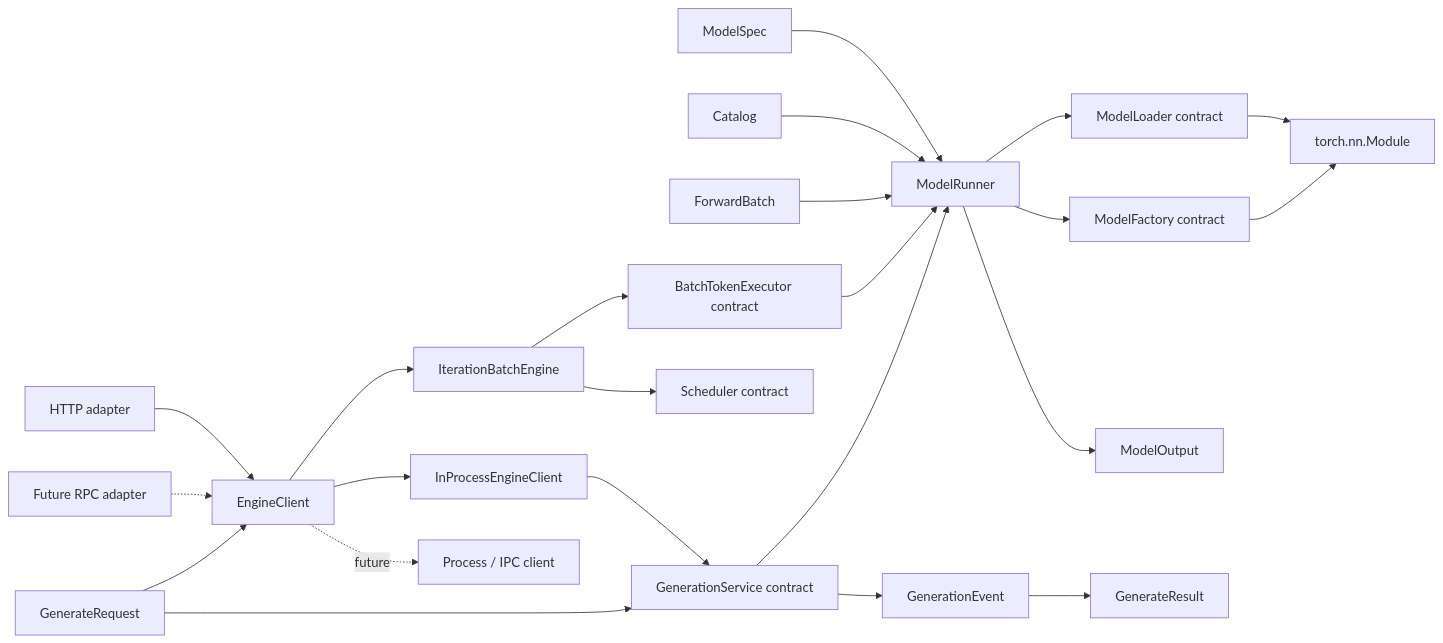
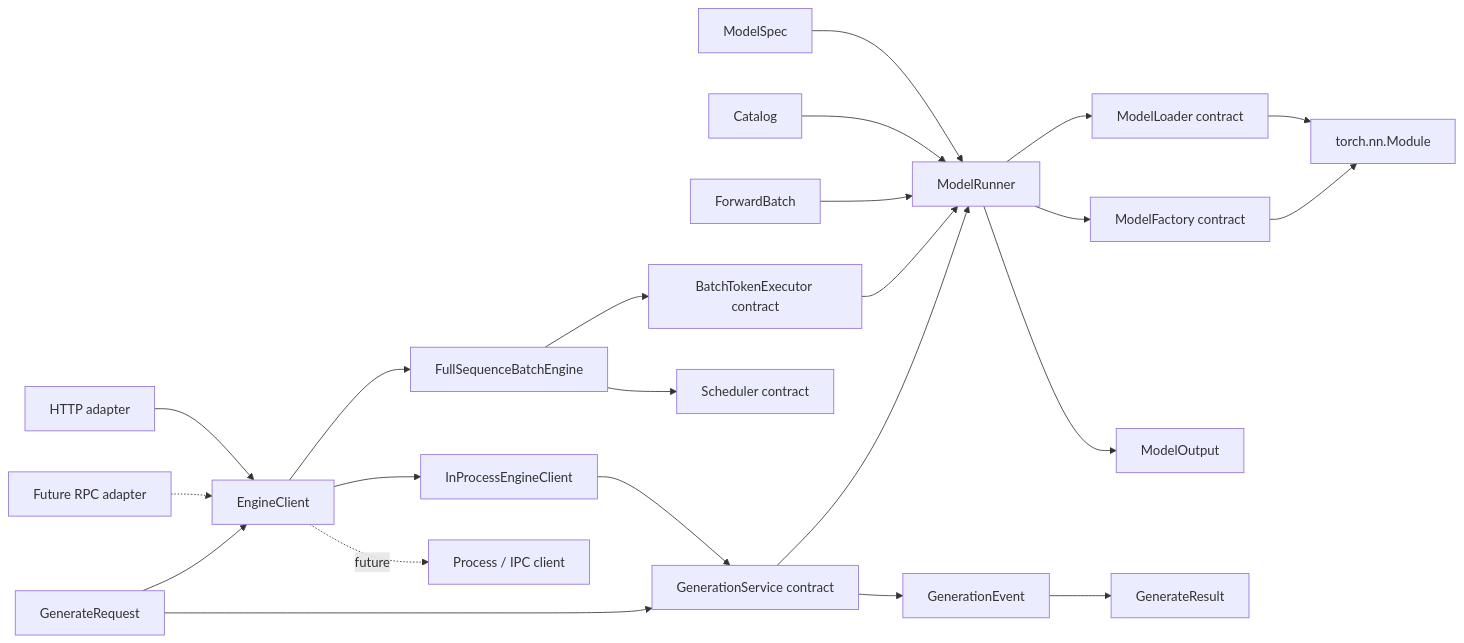
One commit to poorpaper/light-vllm changed the first of 4 diagrams in docs/architecture.md. Above: the diagram before and after it, drawn with Mermaid. The commit also changed other lines of this file and 15 other files, not shown here.

Commit message:
refactor: clarify full-sequence batching names

````diff
--- a/docs/architecture.md
+++ b/docs/architecture.md
@@ -26,25 +26,25 @@
 ```mermaid
 flowchart LR
     Spec["ModelSpec"] --> Runner["ModelRunner"]
     Catalog["Catalog"] --> Runner
     Runner --> Loader["ModelLoader contract"]
     Runner --> Factory["ModelFactory contract"]
     Loader --> Model["torch.nn.Module"]
     Factory --> Model
     Batch["ForwardBatch"] --> Runner
     Runner --> Output["ModelOutput"]
     HTTP["HTTP adapter"] --> Client["EngineClient"]
     RPC["Future RPC adapter"] -.-> Client
     Client --> Local["InProcessEngineClient"]
     Local --> Service["GenerationService contract"]
-    Client --> Batched["IterationBatchEngine"]
+    Client --> Batched["FullSequenceBatchEngine"]
     Batched --> Scheduler["Scheduler contract"]
     Batched --> BatchExecutor["BatchTokenExecutor contract"]
     BatchExecutor --> Runner
     Client -.future.-> IPC["Process / IPC client"]
     Service --> Runner
     Request["GenerateRequest"] --> Client
     Request["GenerateRequest"] --> Service
     Service --> Event["GenerationEvent"]
     Event --> Result["GenerateResult"]
 ```
````
